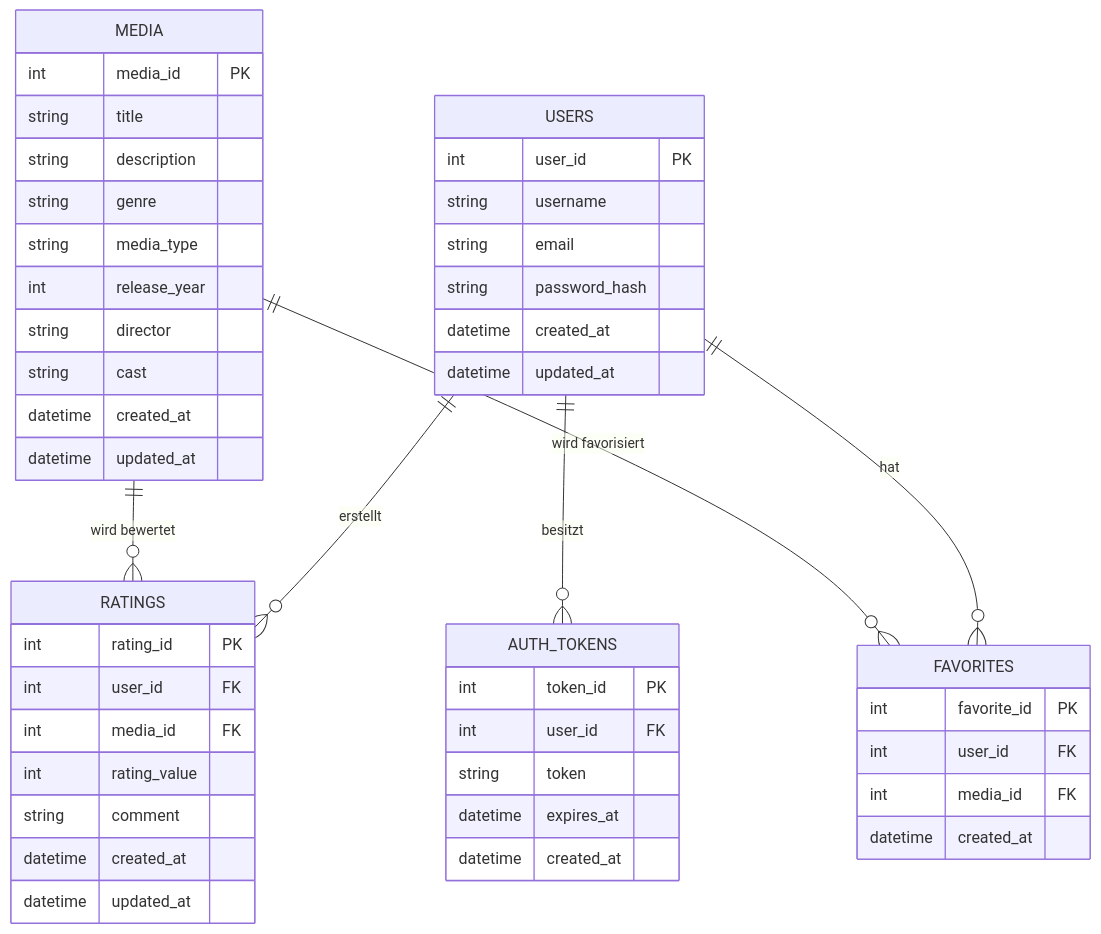
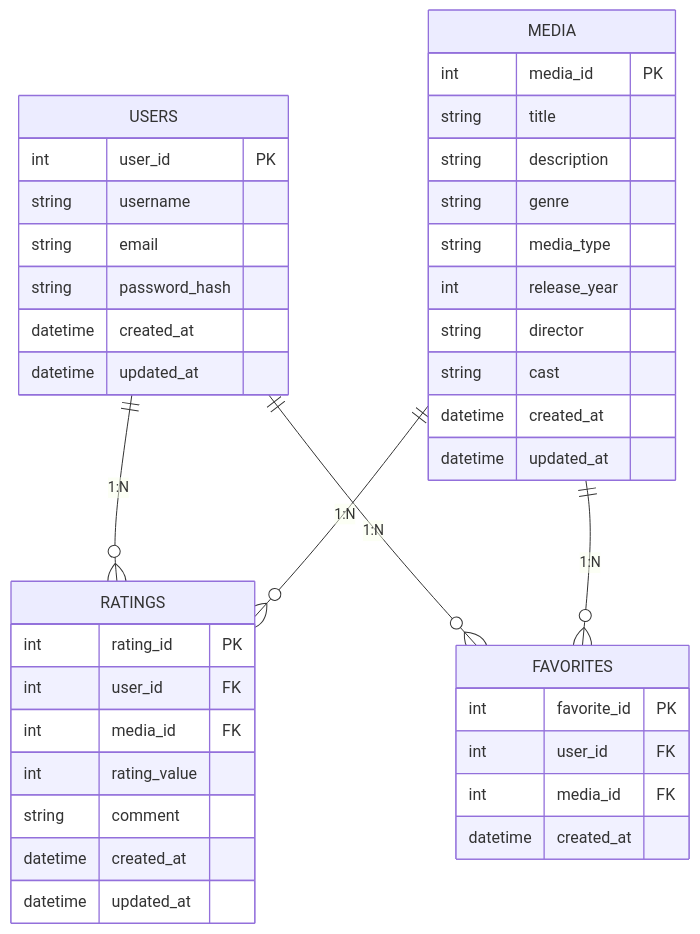
One commit to Pascal07/SWEN_MRP_Project changed the diagram in diagrams/Datenbank.mmd. Above: the diagram before and after it, drawn with Mermaid.

Commit message:
Refine database schema documentation with precise German labels and multiplicity indicators for relationships between USERS, MEDIA, RATINGS, and FAVORITES

```diff
--- a/diagrams/Datenbank.mmd
+++ b/diagrams/Datenbank.mmd
@@ -1,53 +1,45 @@
 erDiagram
     USERS {
         int user_id PK
         string username
         string email
         string password_hash
         datetime created_at
         datetime updated_at
     }
 
     MEDIA {
         int media_id PK
         string title
         string description
         string genre
         string media_type
         int release_year
         string director
         string cast
         datetime created_at
         datetime updated_at
     }
 
     RATINGS {
         int rating_id PK
         int user_id FK
         int media_id FK
         int rating_value
         string comment
         datetime created_at
         datetime updated_at
     }
 
     FAVORITES {
         int favorite_id PK
         int user_id FK
         int media_id FK
         datetime created_at
     }
 
-    AUTH_TOKENS {
-        int token_id PK
-        int user_id FK
-        string token
-        datetime expires_at
-        datetime created_at
-    }
-
-    USERS ||--o{ RATINGS : "erstellt"
-    USERS ||--o{ FAVORITES : "hat"
-    USERS ||--o{ AUTH_TOKENS : "besitzt"
-    MEDIA ||--o{ RATINGS : "wird bewertet"
-    MEDIA ||--o{ FAVORITES : "wird favorisiert"
+    %% Präzisere, deutschsprachige Beschriftungen mit Multiplizitäten und FK-Hinweis
+    USERS ||--o{ RATINGS : "1:N"
+    USERS ||--o{ FAVORITES : "1:N"
+    MEDIA ||--o{ RATINGS : "1:N"
+    MEDIA ||--o{ FAVORITES : "1:N"
```
